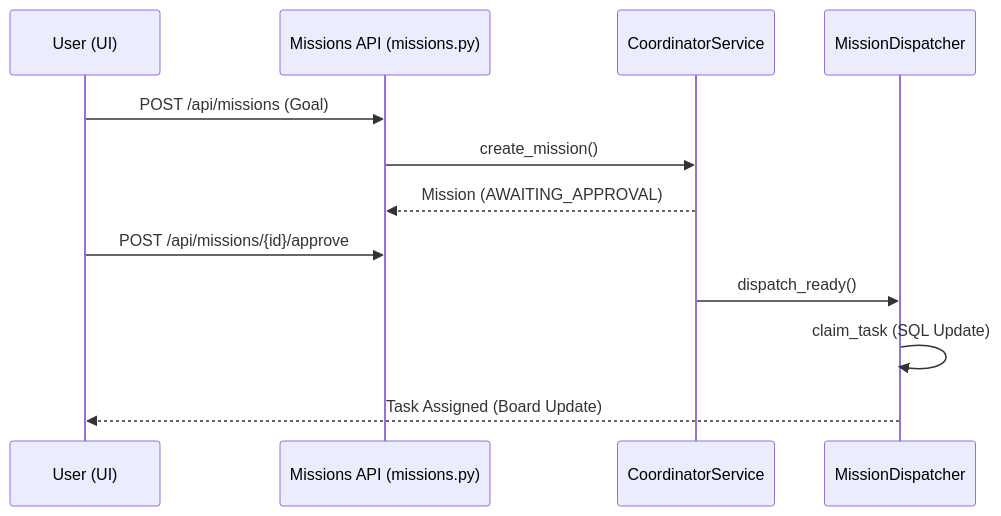
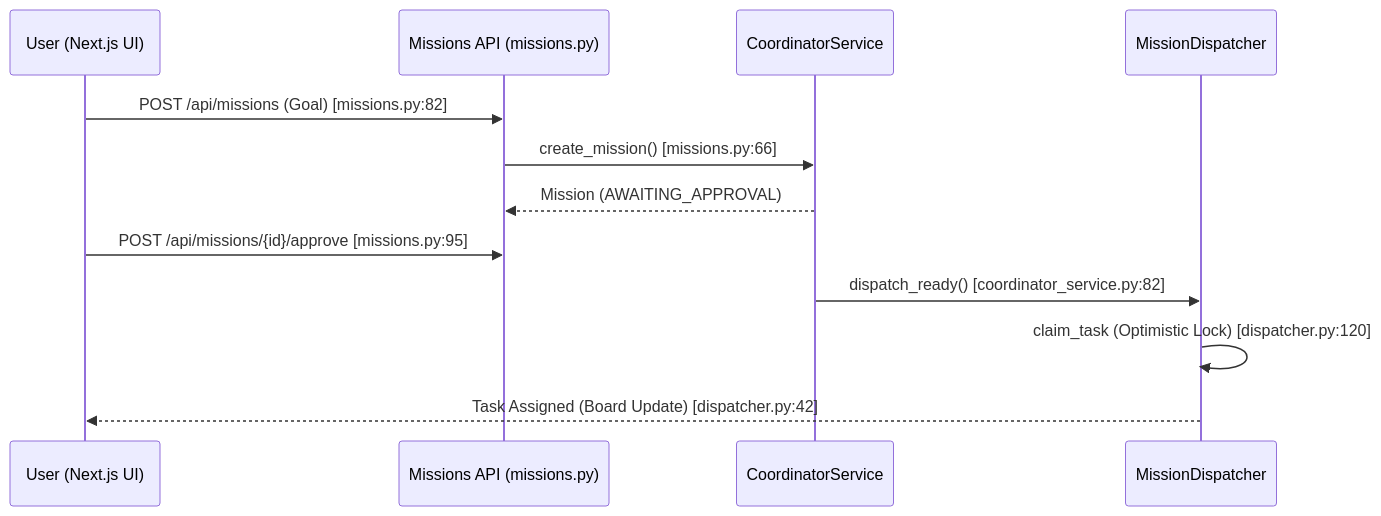
One commit to AutomatosAI/automatos-ai changed the second of 2 diagrams in docs/missions-multi-agent-coordination/_index.md. Above: the diagram before and after it, drawn with Mermaid. The commit also changed other lines of this file and 153 other files, not shown here.

````diff
--- a/docs/missions-multi-agent-coordination/_index.md
+++ b/docs/missions-multi-agent-coordination/_index.md
@@ -129,15 +114,15 @@
 ```mermaid
 sequenceDiagram
-    participant U as User (UI)
+    participant U as User (Next.js UI)
     participant API as Missions API (missions.py)
     participant CS as CoordinatorService
     participant DP as MissionDispatcher
 
-    U->>API: POST /api/missions (Goal)
-    API->>CS: create_mission()
+    U->>API: POST /api/missions (Goal) [missions.py:82]
+    API->>CS: create_mission() [missions.py:66]
     CS-->>API: Mission (AWAITING_APPROVAL)
-    U->>API: POST /api/missions/{id}/approve
-    CS->>DP: dispatch_ready()
-    DP->>DP: claim_task (SQL Update)
-    DP-->>U: Task Assigned (Board Update)
+    U->>API: POST /api/missions/{id}/approve [missions.py:95]
+    CS->>DP: dispatch_ready() [coordinator_service.py:82]
+    DP->>DP: claim_task (Optimistic Lock) [dispatcher.py:120]
+    DP-->>U: Task Assigned (Board Update) [dispatcher.py:42]
 ```
````
